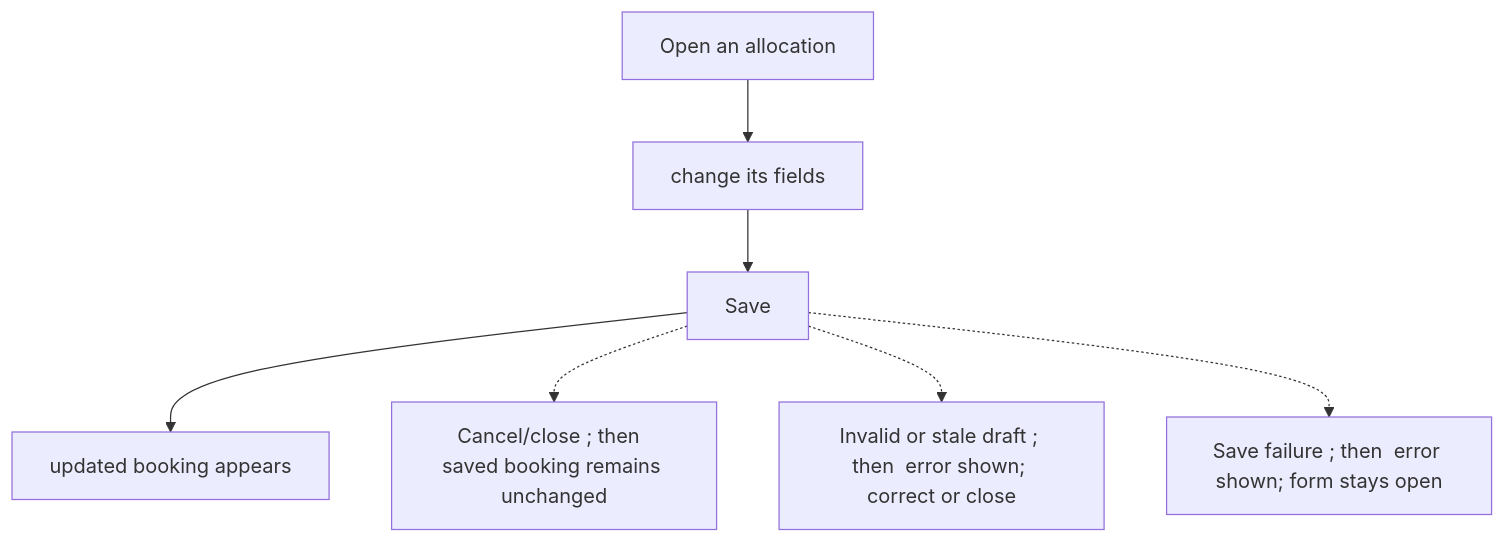
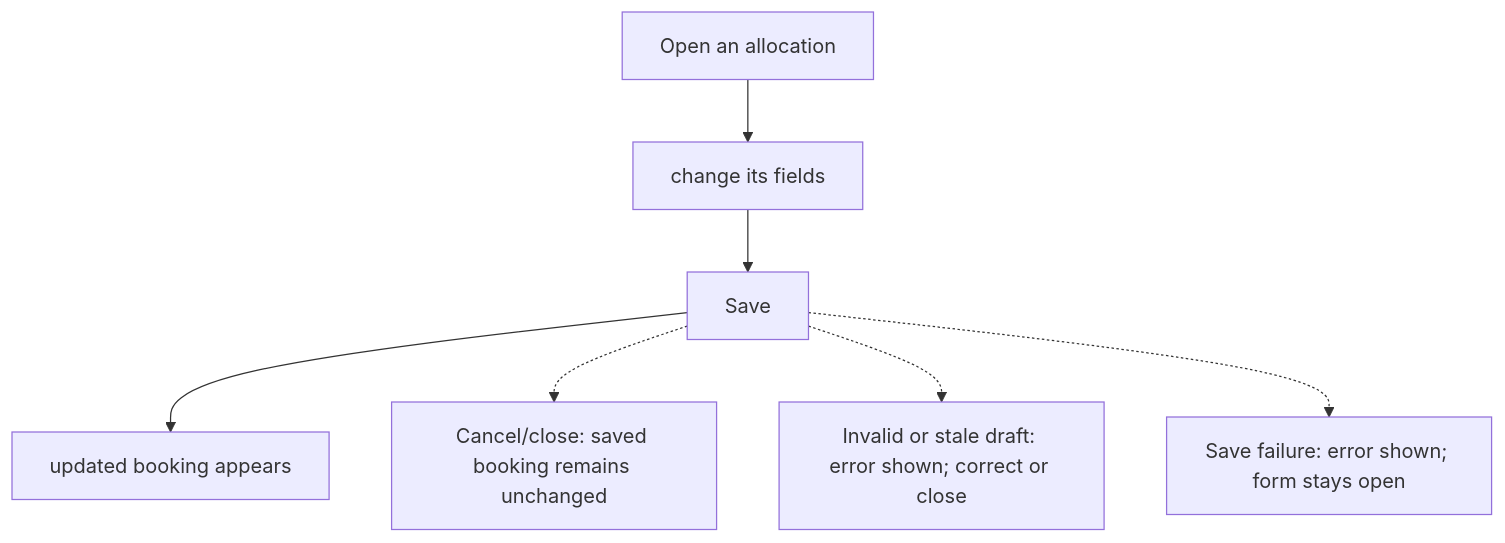
One commit to Kevinjohn/capacitylens changed the first of 2 diagrams in user-stories/allocation/US-ALL-02-edit.md. Above: the diagram before and after it, drawn with Mermaid. The commit also changed other lines of this file and 119 other files, not shown here.

First line of the commit message:
docs: correct story text and flow diagrams against current source

````diff
--- a/user-stories/allocation/US-ALL-02-edit.md
+++ b/user-stories/allocation/US-ALL-02-edit.md
@@ -32,16 +32,16 @@
 ```mermaid
 flowchart TD
   N1["Open an allocation"]
   N2["change its fields"]
   N3["Save"]
   N4["updated booking appears"]
-  B1["Cancel/close ; then  saved booking remains unchanged"]
-  B2["Invalid or stale draft ; then  error shown; correct or close"]
-  B3["Save failure ; then  error shown; form stays open"]
+  B1["Cancel/close: saved booking remains unchanged"]
+  B2["Invalid or stale draft: error shown; correct or close"]
+  B3["Save failure: error shown; form stays open"]
   N1 --> N2
   N2 --> N3
   N3 --> N4
   N3 -.-> B1
   N3 -.-> B2
   N3 -.-> B3
 ```
````
